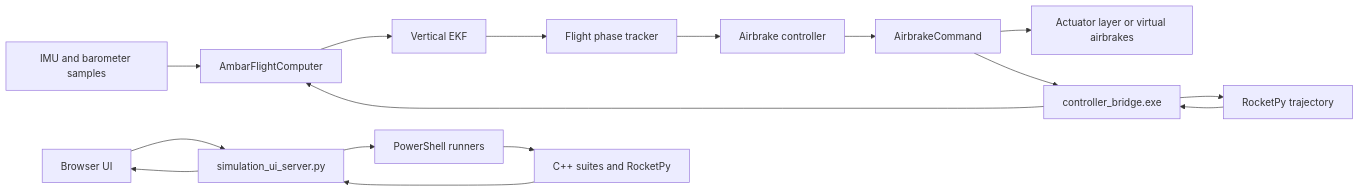
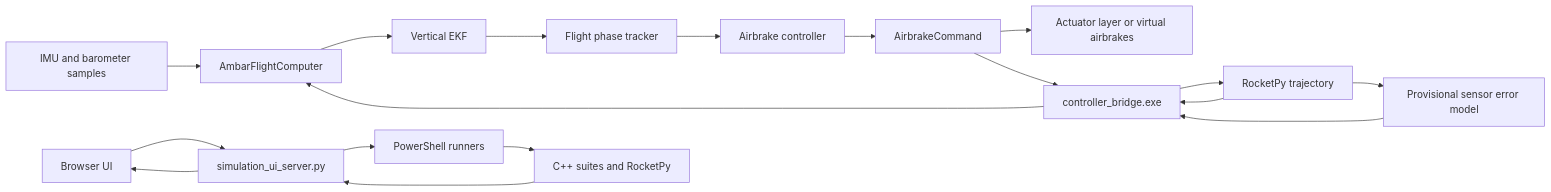
Before and after one commit to hoffmatic/SD-2-EKF: the diagram in docs/software_architecture.md, drawn with Mermaid. The commit also changed other lines of this file and 22 other files, not shown here.

````diff
--- a/docs/software_architecture.md
+++ b/docs/software_architecture.md
@@ -12,20 +12,22 @@
 ```mermaid
 flowchart LR
     S["IMU and barometer samples"] --> F["AmbarFlightComputer"]
     F --> E["Vertical EKF"]
     E --> P["Flight phase tracker"]
     P --> C["Airbrake controller"]
     C --> O["AirbrakeCommand"]
     O --> A["Actuator layer or virtual airbrakes"]
 
     R["RocketPy trajectory"] --> B["controller_bridge.exe"]
+    R --> SM["Provisional sensor error model"]
+    SM --> B
     B --> F
     O --> B
     B --> R
 
     U["Browser UI"] --> H["simulation_ui_server.py"]
     H --> PS["PowerShell runners"]
     PS --> T["C++ suites and RocketPy"]
     T --> H
     H --> U
 ```
````
